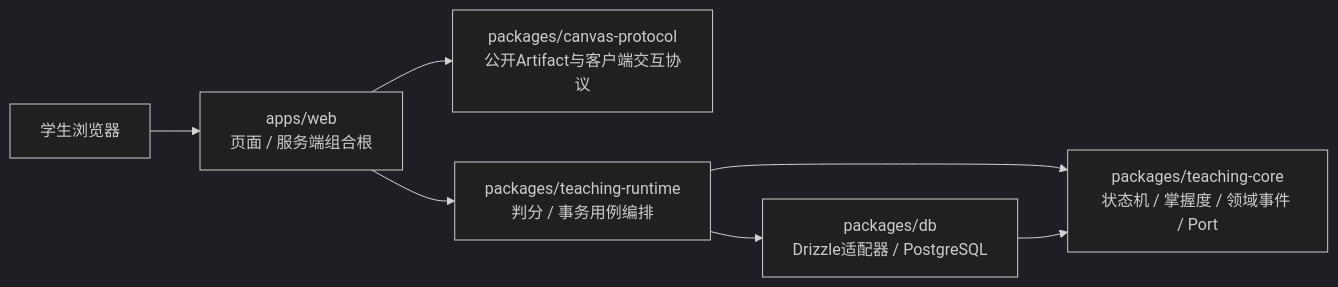
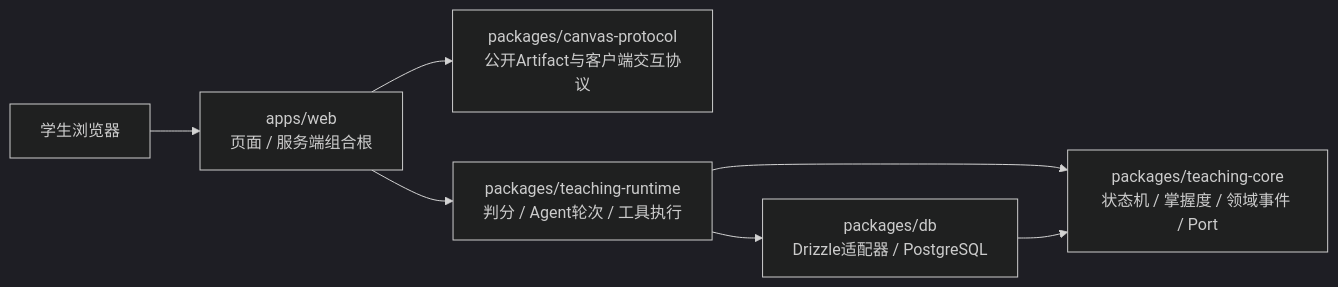
The diagram in docs/02-architecture/system-architecture.md (Timcai06/EduCanvas), drawn with Mermaid (dark theme) before and after one commit. The commit also changed other lines of this file and 18 other files, not shown here.

````diff
--- a/docs/02-architecture/system-architecture.md
+++ b/docs/02-architecture/system-architecture.md
@@ -18,9 +18,9 @@
 ```mermaid
 flowchart LR
     student[学生浏览器] --> web["apps/web<br/>页面 / 服务端组合根"]
     web --> canvas["packages/canvas-protocol<br/>公开Artifact与客户端交互协议"]
-    web --> runtime["packages/teaching-runtime<br/>判分 / 事务用例编排"]
+    web --> runtime["packages/teaching-runtime<br/>判分 / Agent轮次 / 工具执行"]
     runtime --> teaching["packages/teaching-core<br/>状态机 / 掌握度 / 领域事件 / Port"]
     runtime --> db["packages/db<br/>Drizzle适配器 / PostgreSQL"]
     db --> teaching
 ```
````
